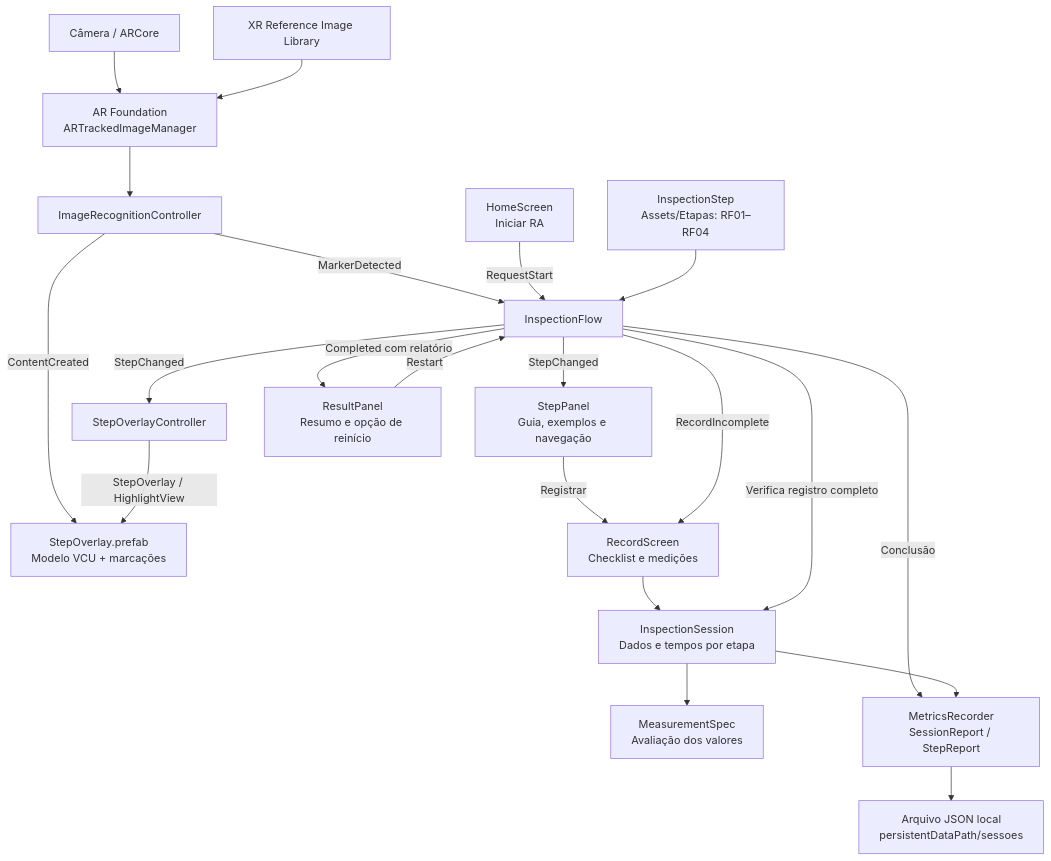
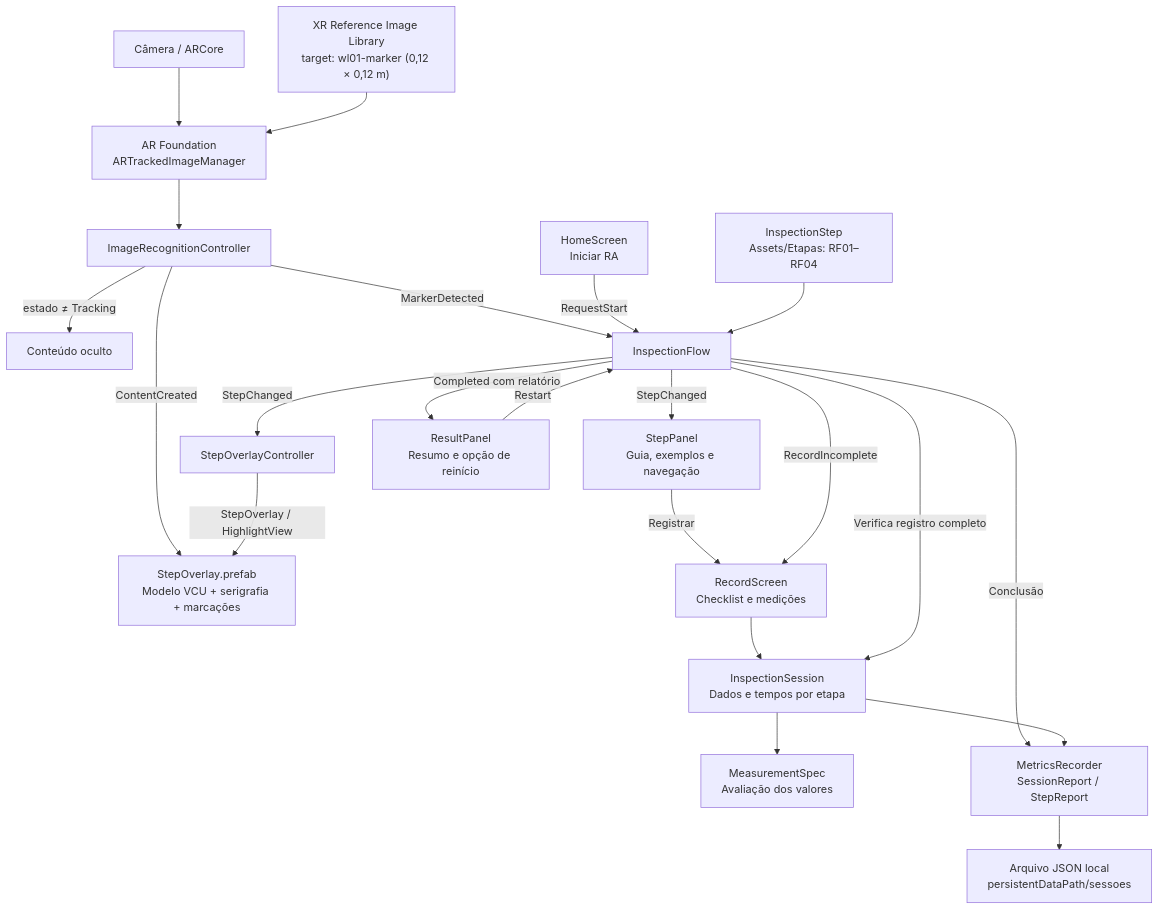
The first of 3 diagrams in README.md (lfmutton/AR_UPX_Project), drawn with Mermaid before and after one commit. The commit also changed other lines of this file, not shown here.

````diff
--- a/README.md
+++ b/README.md
@@ -157,23 +157,24 @@
 ```mermaid
 flowchart TB
     CAMERA["Câmera / ARCore"] --> TRACK["AR Foundation<br/>ARTrackedImageManager"]
-    LIB["XR Reference Image Library"] --> TRACK
+    LIB["XR Reference Image Library<br/>target: wl01-marker (0,12 × 0,12 m)"] --> TRACK
     TRACK --> REC["ImageRecognitionController"]
-    REC -->|ContentCreated| MODEL["StepOverlay.prefab<br/>Modelo VCU + marcações"]
+    REC -->|ContentCreated| MODEL["StepOverlay.prefab<br/>Modelo VCU + serigrafia + marcações"]
+    REC -->|"estado ≠ Tracking"| HIDE["Conteúdo oculto"]
     REC -->|MarkerDetected| FLOW["InspectionFlow"]
     HOME["HomeScreen<br/>Iniciar RA"] -->|RequestStart| FLOW
     STEPS["InspectionStep<br/>Assets/Etapas: RF01–RF04"] --> FLOW
     FLOW -->|StepChanged| PANEL["StepPanel<br/>Guia, exemplos e navegação"]
     FLOW -->|StepChanged| OVERLAY["StepOverlayController"]
     OVERLAY -->|StepOverlay / HighlightView| MODEL
     PANEL -->|Registrar| RECORD["RecordScreen<br/>Checklist e medições"]
     FLOW -->|RecordIncomplete| RECORD
     RECORD --> SESSION["InspectionSession<br/>Dados e tempos por etapa"]
     SESSION --> SPEC["MeasurementSpec<br/>Avaliação dos valores"]
     FLOW -->|Verifica registro completo| SESSION
     FLOW -->|Conclusão| METRICS["MetricsRecorder<br/>SessionReport / StepReport"]
     SESSION --> METRICS
     METRICS --> JSON["Arquivo JSON local<br/>persistentDataPath/sessoes"]
     FLOW -->|Completed com relatório| RESULT["ResultPanel<br/>Resumo e opção de reinício"]
     RESULT -->|Restart| FLOW
 ```
````
